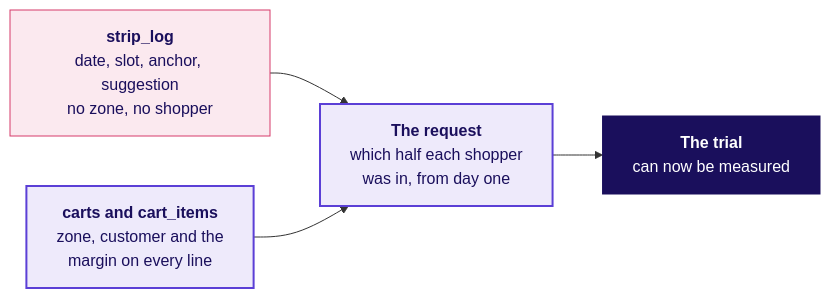
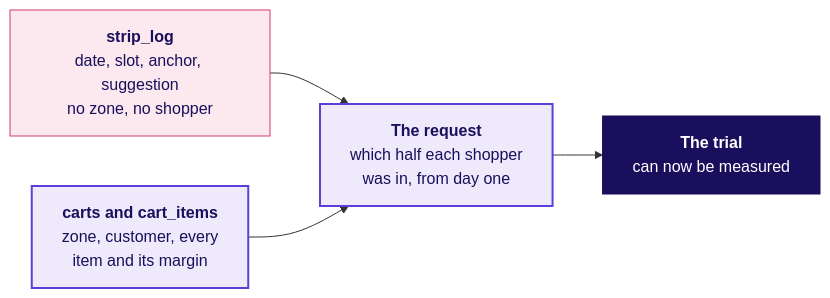
The first of 3 diagrams in content/W04/D3/slides/C2_W04_D03_fallback_STUDENT.md (fde-academy-lab/c2-content-factory), drawn with Mermaid before and after one commit. The commit also changed other lines of this file and 12 other files, not shown here.

````diff
--- a/content/W04/D3/slides/C2_W04_D03_fallback_STUDENT.md
+++ b/content/W04/D3/slides/C2_W04_D03_fallback_STUDENT.md
@@ -60,12 +60,12 @@
 ```mermaid
 flowchart LR
     L["<b>strip_log</b><br/>date, slot, anchor, suggestion<br/>no zone, no shopper"] --> R["<b>The request</b><br/>which half each shopper<br/>was in, from day one"]
-    C["<b>carts and cart_items</b><br/>zone, customer and the<br/>margin on every line"] --> R
+    C["<b>carts and cart_items</b><br/>zone, customer, every<br/>item and its margin"] --> R
     R --> T["<b>The trial</b><br/>can now be measured"]
     classDef known fill:#EEEAFB,stroke:#5B3FD6,color:#1A0F5C,stroke-width:2px
     classDef bad fill:#FBE9EF,stroke:#D63A6A,color:#1A0F5C
     classDef lit fill:#1A0F5C,stroke:#1A0F5C,color:#FFFFFF
     class L bad
     class C,R known
     class T lit
 ```
````
